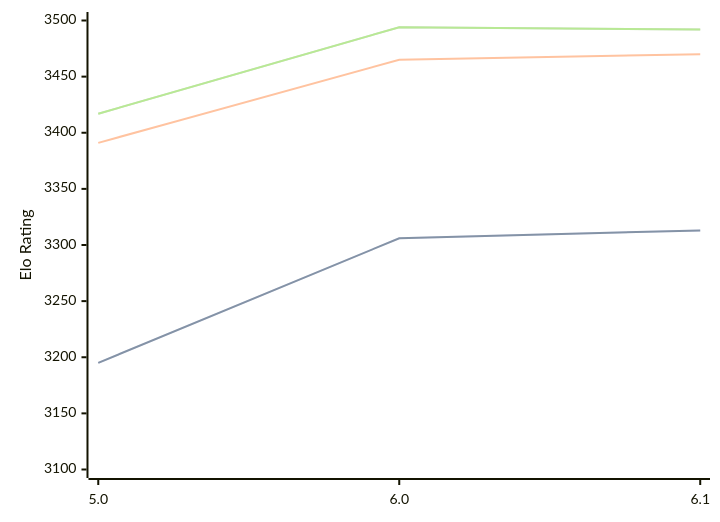
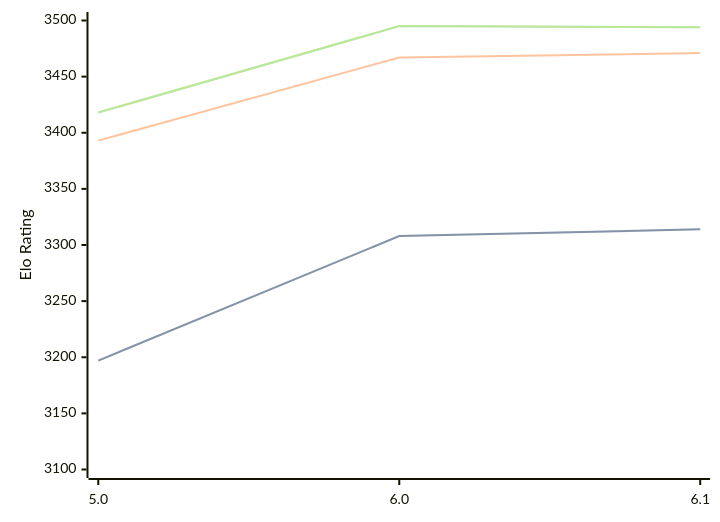
The diagram in engines/Starzix.md (computer-chess-index/cci), drawn with Mermaid before and after one commit. The commit also changed other lines of this file, not shown here.

Commit message:
Update CCI Ratings (ELO VLTC) - 2026-06-11

````diff
--- a/engines/Starzix.md
+++ b/engines/Starzix.md
@@ -37,11 +37,11 @@
 ```mermaid
 %%{init: {"theme":"base","themeVariables":{"seriesColors:['#a3a3a3','#222221','#faa371']}}}%%
 xychart-beta
   x-axis ["5.0", "6.0", "6.1"]
   y-axis "Elo Rating" 3100 --> 3500
-  line "STC (8.0+0.08s)" [3195, 3306, 3313]
-  line "STC (8.0+0.08s)" [3195, 3306, 3313]
-  line "LTC (60.0+0.60s)" [3391, 3465, 3470]
-  line "VLTC (2m24s+1.12s)" [3417, 3494, 3492]
-  line "VLTC (2m24s+1.12s)" [3417, 3494, 3492]
+  line "STC (8.0+0.08s)" [3197, 3308, 3314]
+  line "STC (8.0+0.08s)" [3197, 3308, 3314]
+  line "LTC (60.0+0.60s)" [3393, 3467, 3471]
+  line "VLTC (2m24s+1.12s)" [3418, 3495, 3494]
+  line "VLTC (2m24s+1.12s)" [3418, 3495, 3494]
 ```
````
